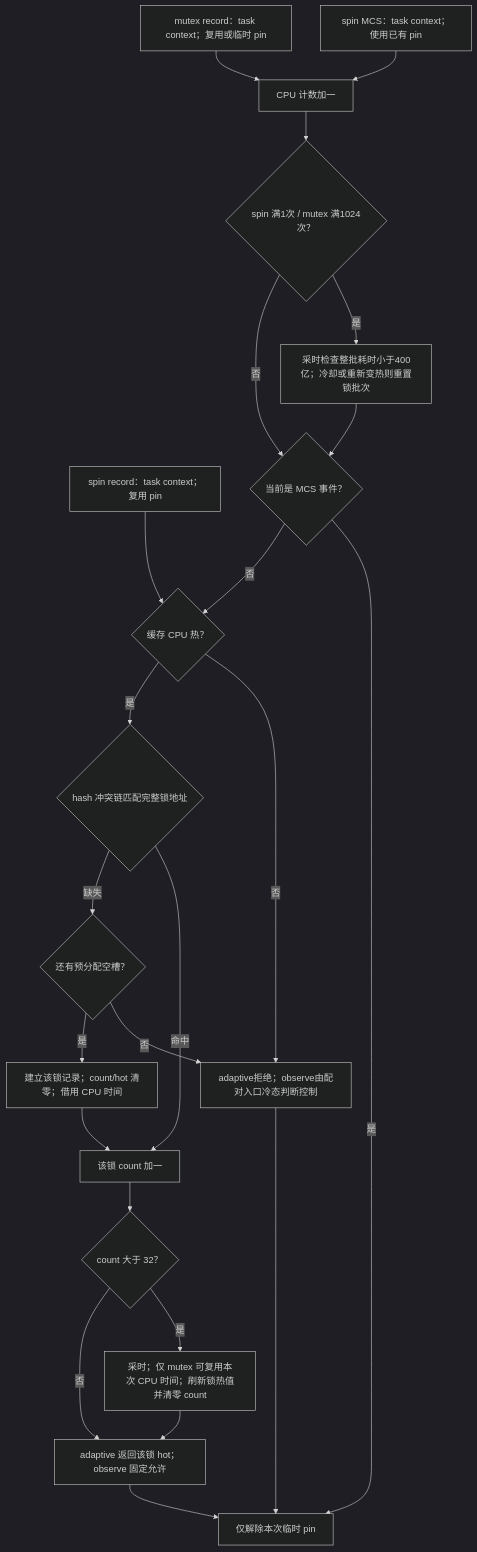
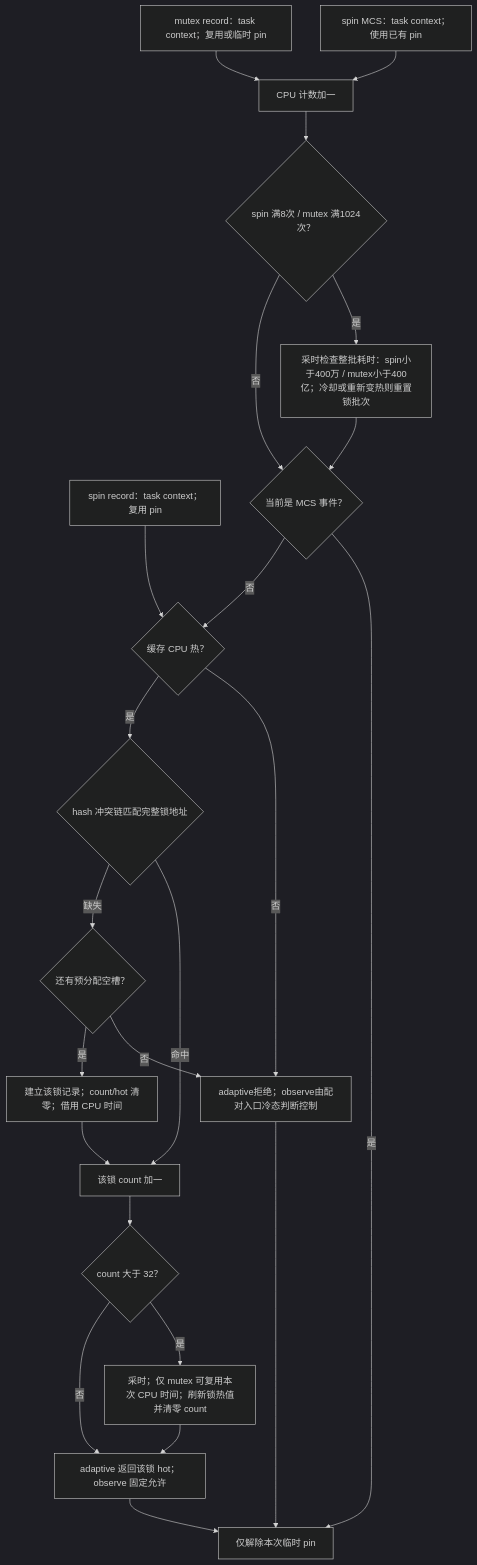
The first of 3 diagrams in bench/spin_cacheline/EXECUTION_PATHS.md (hailongeric/kdlock), drawn with Mermaid (dark theme) before and after one commit. The commit also changed other lines of this file and 13 other files, not shown here.

````diff
--- a/bench/spin_cacheline/EXECUTION_PATHS.md
+++ b/bench/spin_cacheline/EXECUTION_PATHS.md
@@ -350,25 +351,25 @@
 ```mermaid
 flowchart TD
   A[spin record：task context；复用 pin] --> G{缓存 CPU 热？}
   S[spin MCS：task context；使用已有 pin] --> B[CPU 计数加一]
   T[mutex record：task context；复用或临时 pin] --> B
-  B --> C{spin 满1次 / mutex 满1024次？}
-  C -- 是 --> D[采时检查整批耗时小于400亿；冷却或重新变热则重置锁批次]
+  B --> C{spin 满8次 / mutex 满1024次？}
+  C -- 是 --> D[采时检查整批耗时：spin小于400万 / mutex小于400亿；冷却或重新变热则重置锁批次]
   D --> E{当前是 MCS 事件？}
   C -- 否 --> E
   E -- 是 --> Z[仅解除本次临时 pin]
   E -- 否 --> G
   G -- 否 --> R[adaptive拒绝；observe由配对入口冷态判断控制]
   G -- 是 --> H{hash 冲突链匹配完整锁地址}
   H -- 命中 --> I[该锁 count 加一]
   H -- 缺失 --> J{还有预分配空槽？}
   J -- 否 --> R
   J -- 是 --> K[建立该锁记录；count/hot 清零；借用 CPU 时间]
   K --> I
   I --> L{count 大于 32？}
   L -- 是 --> M[采时；仅 mutex 可复用本次 CPU 时间；刷新锁热值并清零 count]
   L -- 否 --> N[adaptive 返回该锁 hot；observe 固定允许]
   M --> N
   R --> Z
   N --> Z
 ```
````
